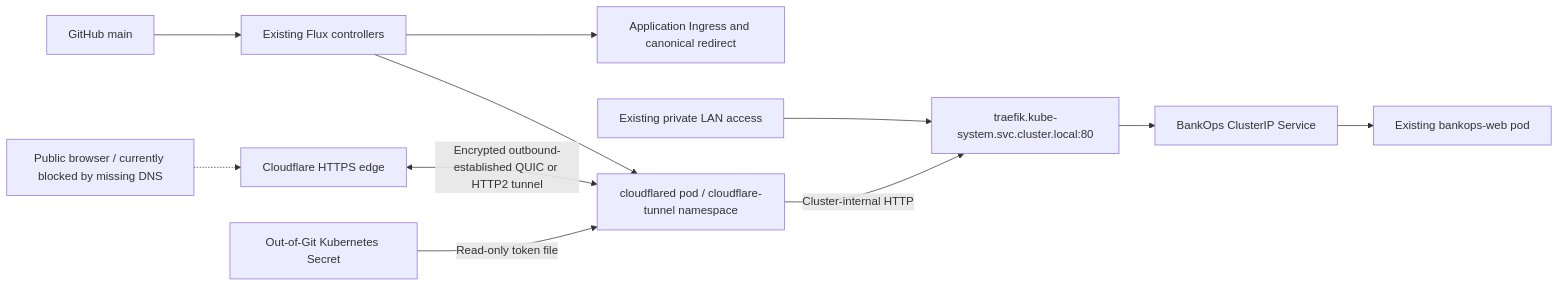
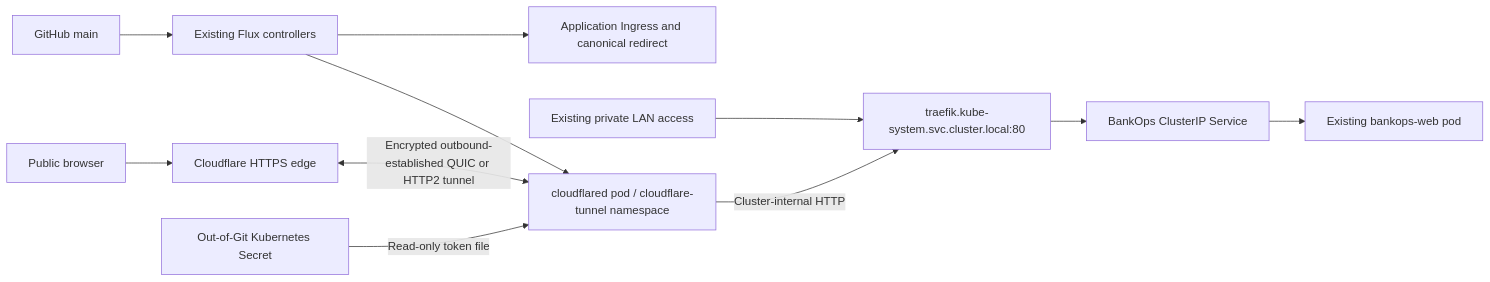
The diagram in docs/11-cloudflare-tunnel.md (atasenkeremdev/enterprise-platform-lab), drawn with Mermaid before and after one commit. The commit also changed other lines of this file and 4 other files, not shown here.

Commit message:
docs: verify BankOps public HTTPS launch and record follow-ups

````diff
--- a/docs/11-cloudflare-tunnel.md
+++ b/docs/11-cloudflare-tunnel.md
@@ -32,13 +32,13 @@
 ```mermaid
 flowchart LR
-    Browser[Public browser / currently blocked by missing DNS] -.-> Edge[Cloudflare HTTPS edge]
+    Browser[Public browser] --> Edge[Cloudflare HTTPS edge]
     Edge <-->|Encrypted outbound-established QUIC or HTTP2 tunnel| Connector[cloudflared pod / cloudflare-tunnel namespace]
     Connector -->|Cluster-internal HTTP| Traefik[traefik.kube-system.svc.cluster.local:80]
     Traefik --> Service[BankOps ClusterIP Service]
     Service --> App[Existing bankops-web pod]
     LAN[Existing private LAN access] --> Traefik
     Git[GitHub main] --> Flux[Existing Flux controllers]
     Flux --> Connector
     Flux --> TraefikRules[Application Ingress and canonical redirect]
     Secret[Out-of-Git Kubernetes Secret] -->|Read-only token file| Connector
 ```
````
